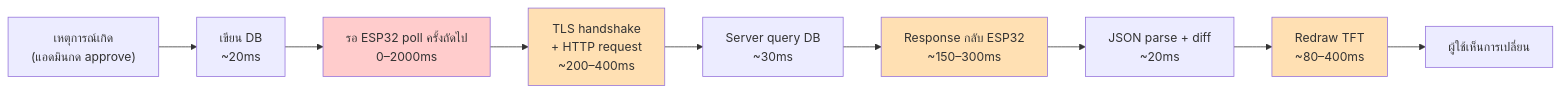
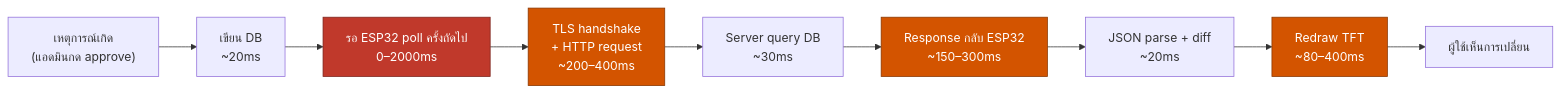
One commit to puripong1st/SmartAccess-Project changed diagram 24 of 28 in complete_system_manual_th.md. Above: the diagram before and after it, drawn with Mermaid.

Commit message:
docs: update manual to reflect latest system changes

````diff
--- a/complete_system_manual_th.md
+++ b/complete_system_manual_th.md
@@ -2517,16 +2517,16 @@
 ```mermaid
 flowchart LR
     A["เหตุการณ์เกิด<br/>(แอดมินกด approve)"] --> B["เขียน DB<br/>~20ms"]
     B --> C["รอ ESP32 poll ครั้งถัดไป<br/>0–2000ms"]
     C --> D["TLS handshake<br/>+ HTTP request<br/>~200–400ms"]
     D --> E["Server query DB<br/>~30ms"]
     E --> F["Response กลับ ESP32<br/>~150–300ms"]
     F --> G["JSON parse + diff<br/>~20ms"]
     G --> H["Redraw TFT<br/>~80–400ms"]
     H --> I["ผู้ใช้เห็นการเปลี่ยน"]
 
-    style C fill:#ffcccc
-    style D fill:#ffe0b3
-    style F fill:#ffe0b3
-    style H fill:#ffe0b3
+    style C fill:#c0392b,stroke:#7b241c,color:#ffffff
+    style D fill:#d35400,stroke:#873600,color:#ffffff
+    style F fill:#d35400,stroke:#873600,color:#ffffff
+    style H fill:#d35400,stroke:#873600,color:#ffffff
 ```
````
